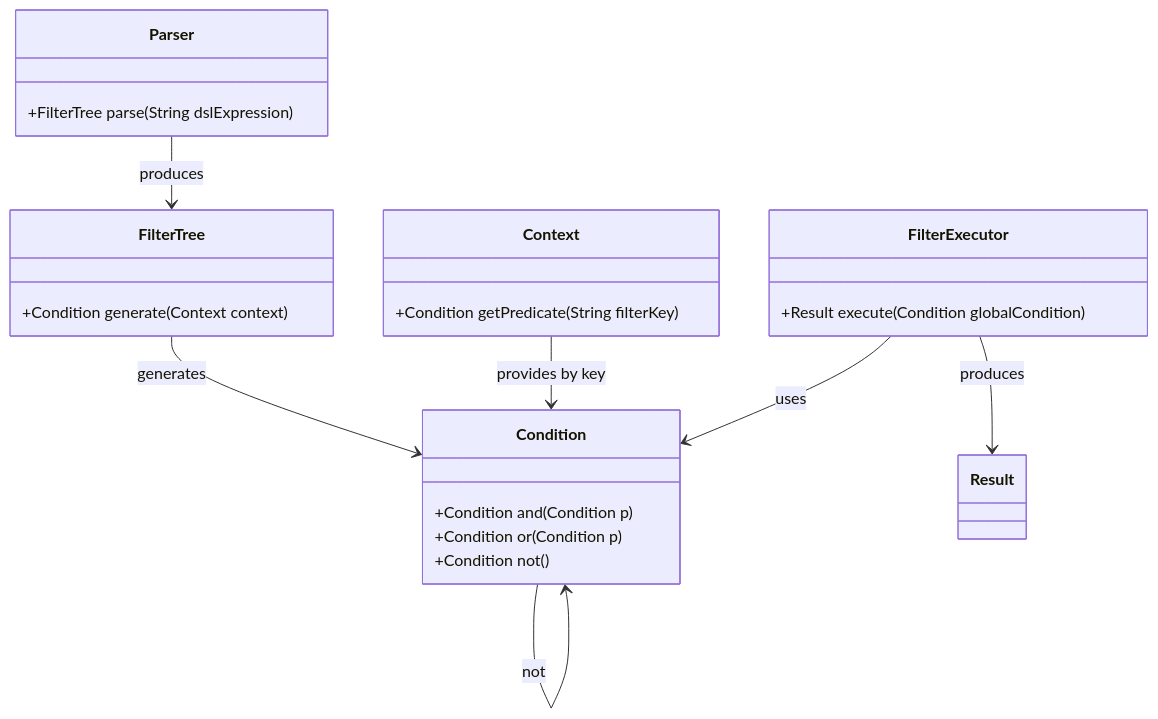
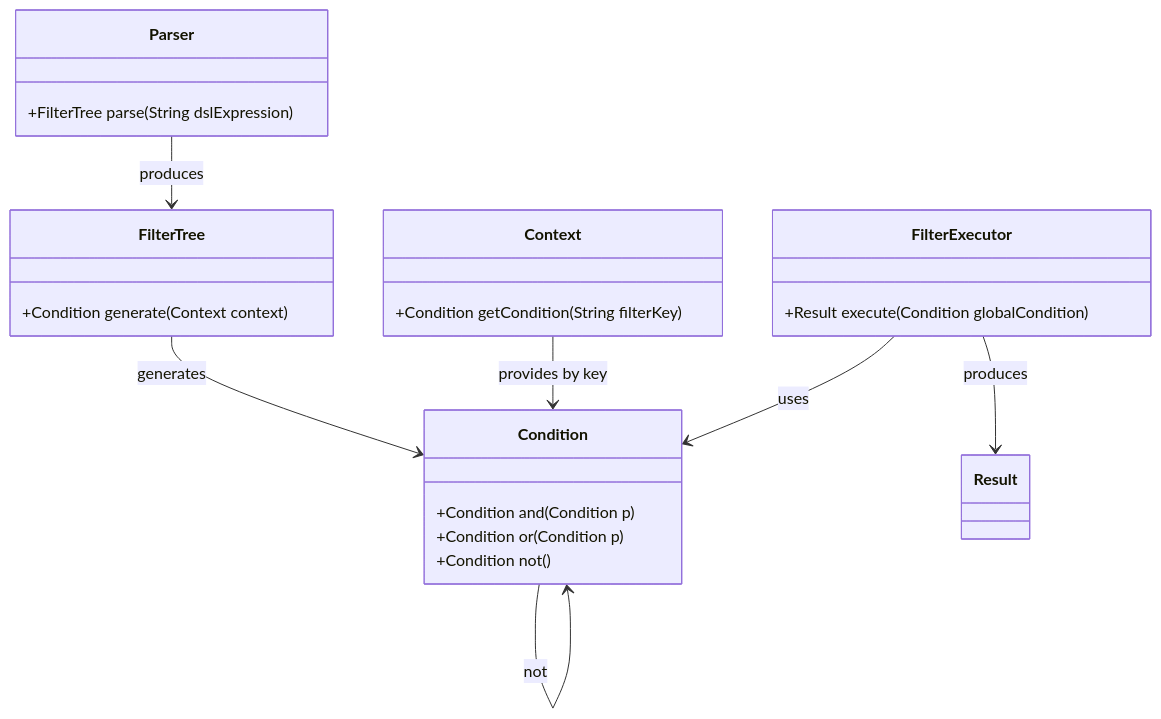
One commit to cyfko/filter-build changed the diagram in docs/ARCHITECTURE.md. Above: the diagram before and after it, drawn with Mermaid. The commit also changed other lines of this file, not shown here.

Commit message:
(fix): upadate ARCHITECTURE.md

````diff
--- a/docs/ARCHITECTURE.md
+++ b/docs/ARCHITECTURE.md
@@ -51,33 +51,33 @@
 ```mermaid
 classDiagram
     class Parser {
       +FilterTree parse(String dslExpression)
     }
 
     class FilterTree {
       +Condition generate(Context context)
     }
 
     class Context {
-      +Condition getPredicate(String filterKey)
+      +Condition getCondition(String filterKey)
     }
 
     class Condition {
       +Condition and(Condition p)
       +Condition or(Condition p)
       +Condition not()
     }
 
     class FilterExecutor {
       +Result execute(Condition globalCondition)
     }
 
     Parser --> FilterTree : produces
     FilterTree --> Condition : generates
     Context --> Condition : provides by key
     Condition --> Condition : and
     Condition --> Condition : or
     Condition --> Condition : not
     FilterExecutor --> Result : produces
     FilterExecutor --> Condition : uses
 ```
````
